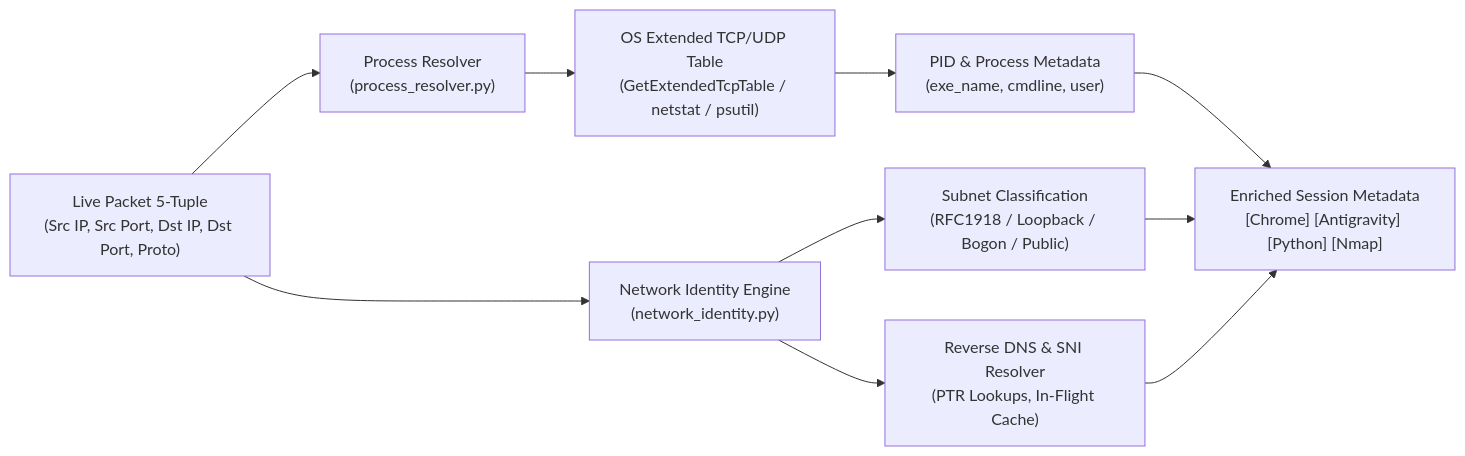
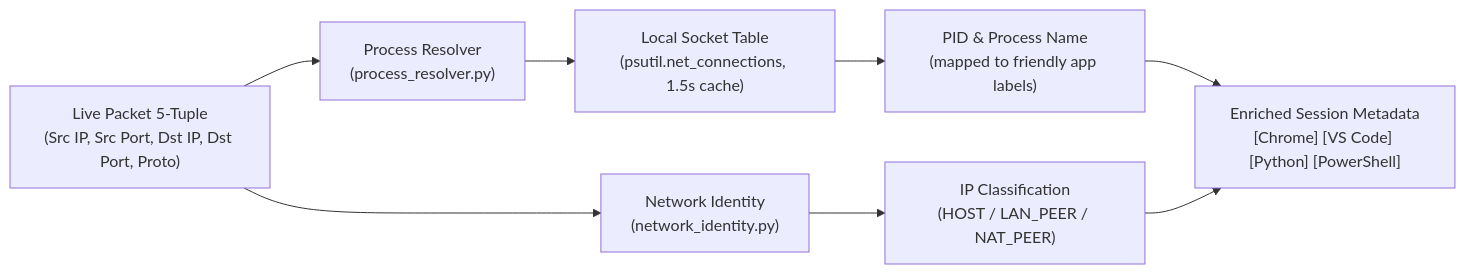
One commit to BuzyU/NetForecast changed the third of 3 diagrams in ARCHITECTURE.md. Above: the diagram before and after it, drawn with Mermaid. The commit also changed other lines of this file and 13 other files, not shown here.

````diff
--- a/ARCHITECTURE.md
+++ b/ARCHITECTURE.md
@@ -263,10 +265,9 @@
 ```mermaid
 flowchart LR
     PKT["Live Packet 5-Tuple<br/>(Src IP, Src Port, Dst IP, Dst Port, Proto)"] --> PR["Process Resolver<br/>(process_resolver.py)"]
-    PR --> OS["OS Extended TCP/UDP Table<br/>(GetExtendedTcpTable / netstat / psutil)"]
-    OS --> PID["PID & Process Metadata<br/>(exe_name, cmdline, user)"]
-    PKT --> NI["Network Identity Engine<br/>(network_identity.py)"]
-    NI --> SUB["Subnet Classification<br/>(RFC1918 / Loopback / Bogon / Public)"]
-    NI --> DNS["Reverse DNS & SNI Resolver<br/>(PTR Lookups, In-Flight Cache)"]
-    PID & SUB & DNS --> BADGE["Enriched Session Metadata<br/>[Chrome] [Antigravity] [Python] [Nmap]"]
+    PR --> OS["Local Socket Table<br/>(psutil.net_connections, 1.5s cache)"]
+    OS --> PID["PID & Process Name<br/>(mapped to friendly app labels)"]
+    PKT --> NI["Network Identity<br/>(network_identity.py)"]
+    NI --> SUB["IP Classification<br/>(HOST / LAN_PEER / NAT_PEER)"]
+    PID & SUB --> BADGE["Enriched Session Metadata<br/>[Chrome] [VS Code] [Python] [PowerShell]"]
 ```
````
